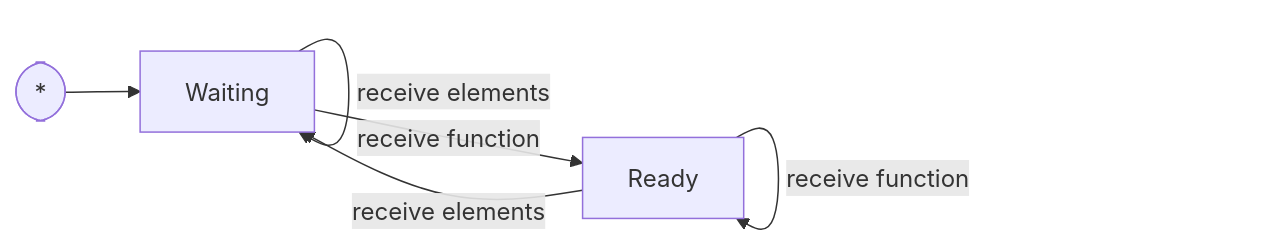
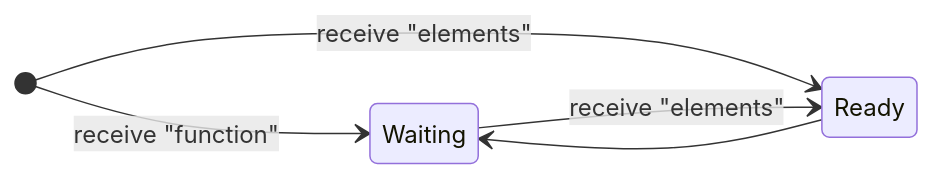
The diagram in introduction/minisdk/multiparty.md (Summoner-Network/summoner-docs), drawn with Mermaid before and after one commit. The commit also changed other lines of this file, not shown here.

Commit message:
added mini sdk 3 agents

````diff
--- a/introduction/minisdk/multiparty.md
+++ b/introduction/minisdk/multiparty.md
@@ -57,8 +58,8 @@
 ```mermaid
-graph LR
-    Start([*]) --> Waiting
-    Waiting -->|receive function| Ready
-    Waiting -->|receive elements| Waiting
-    Ready -->|receive function| Ready
-    Ready -->|receive elements| Waiting
+stateDiagram-v2
+    direction LR
+    [*] --> Waiting : receive "function"
+    [*] --> Ready : receive "elements"
+    Waiting --> Ready : receive "elements"
+    Ready --> Waiting
 ```
````
